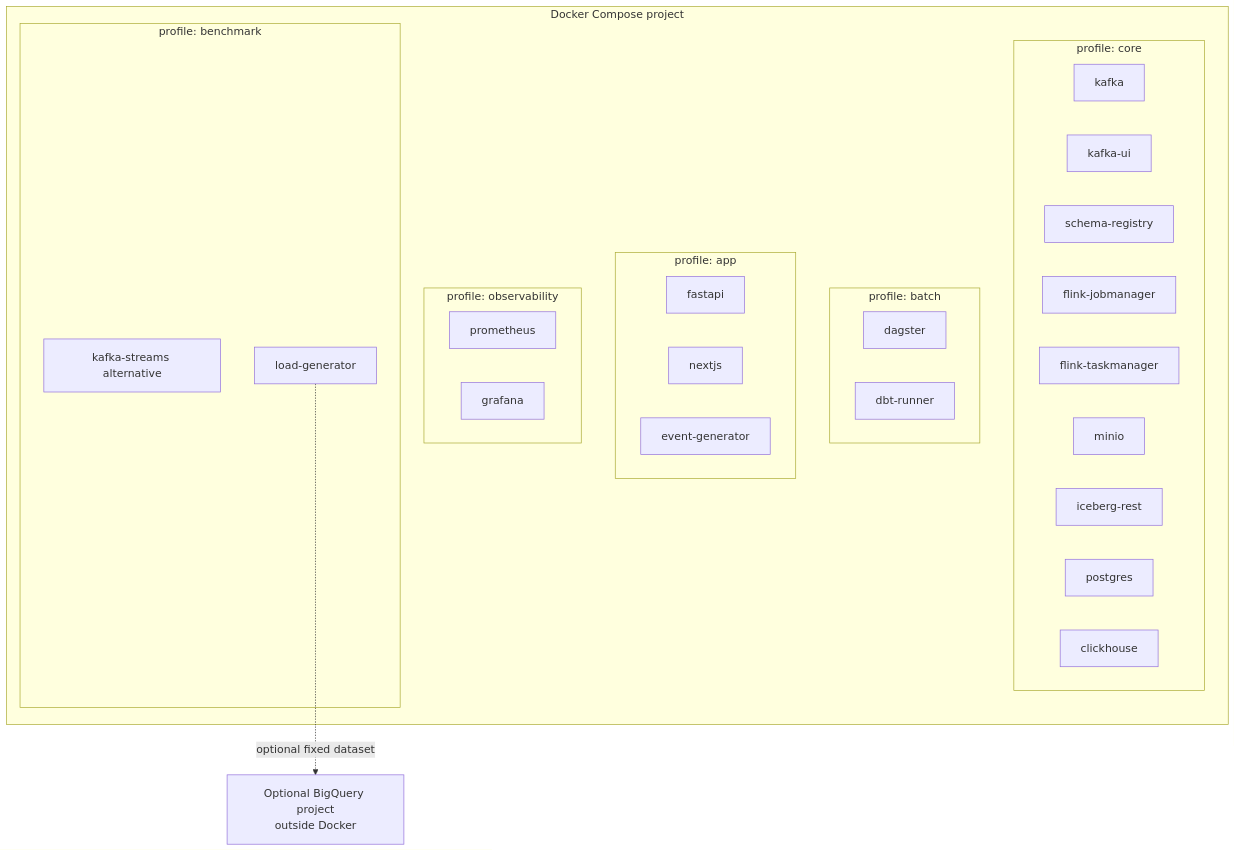
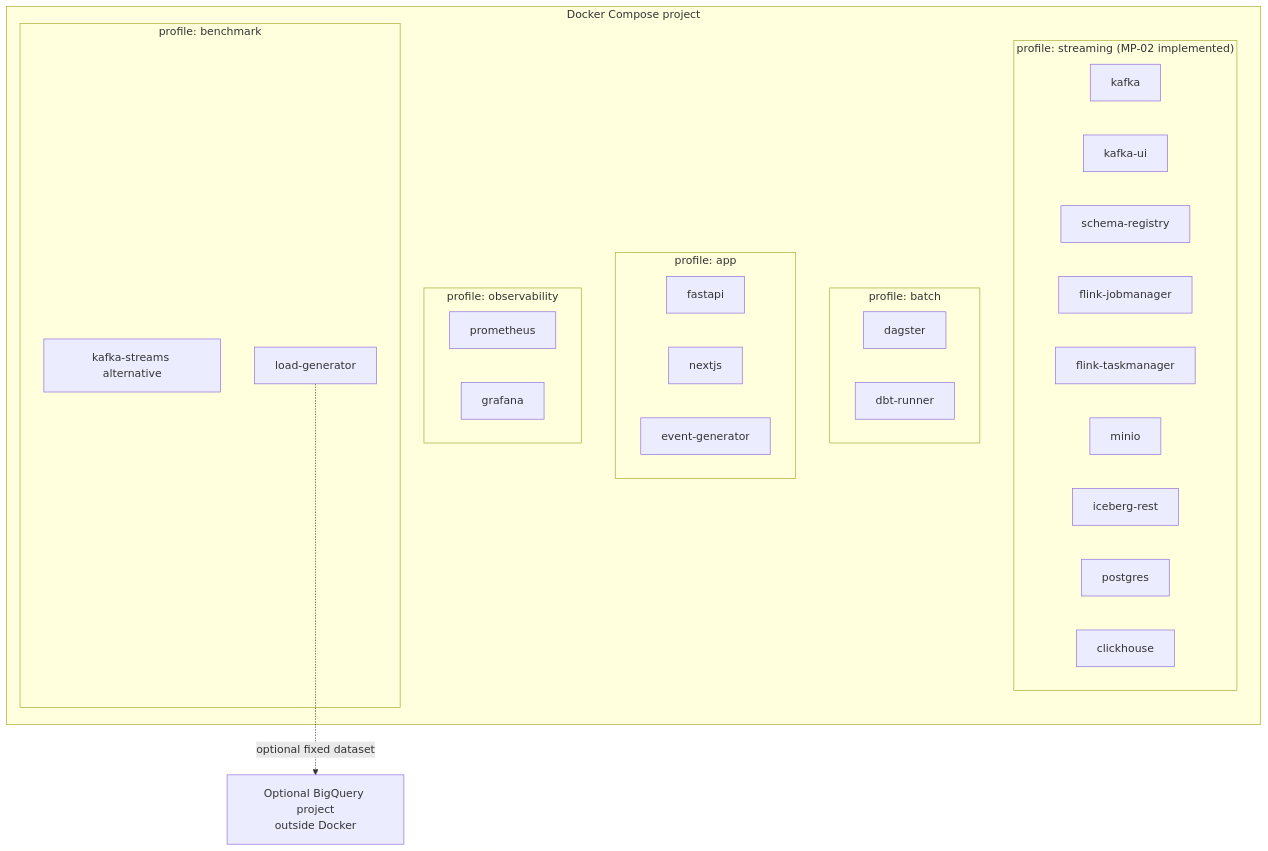
The second of 2 diagrams in docs/architecture/high-level-design.md (huyle1901/marketpulse-360), drawn with Mermaid before and after one commit. The commit also changed other lines of this file and 6 other files, not shown here.

````diff
--- a/docs/architecture/high-level-design.md
+++ b/docs/architecture/high-level-design.md
@@ -292,40 +301,40 @@
 ```mermaid
 flowchart TB
     subgraph Compose["Docker Compose project"]
-        subgraph Core["profile: core"]
+        subgraph Core["profile: streaming (MP-02 implemented)"]
             K1["kafka"]
             KU["kafka-ui"]
             SR["schema-registry"]
             FJM["flink-jobmanager"]
             FTM["flink-taskmanager"]
             MI["minio"]
             IC["iceberg-rest"]
             PG["postgres"]
             CH["clickhouse"]
         end
 
         subgraph Batch["profile: batch"]
             DG["dagster"]
             DBT2["dbt-runner"]
         end
 
         subgraph App["profile: app"]
             BE["fastapi"]
             FE["nextjs"]
             EG["event-generator"]
         end
 
         subgraph Observe["profile: observability"]
             PR["prometheus"]
             GR["grafana"]
         end
 
         subgraph Benchmark["profile: benchmark"]
             SP["kafka-streams alternative"]
             LOAD["load-generator"]
         end
     end
 
     BQ["Optional BigQuery project<br/>outside Docker"]
     LOAD -. optional fixed dataset .-> BQ
 ```
````
